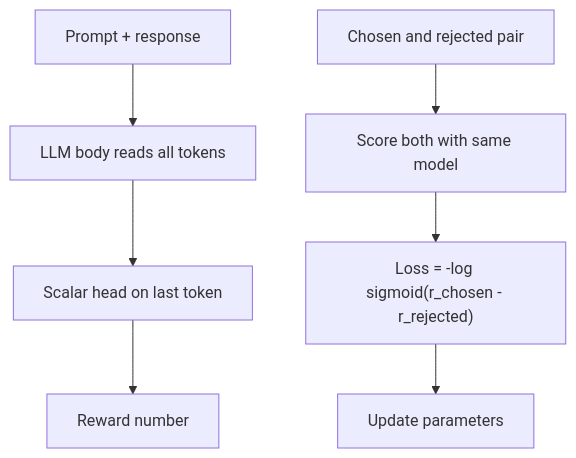
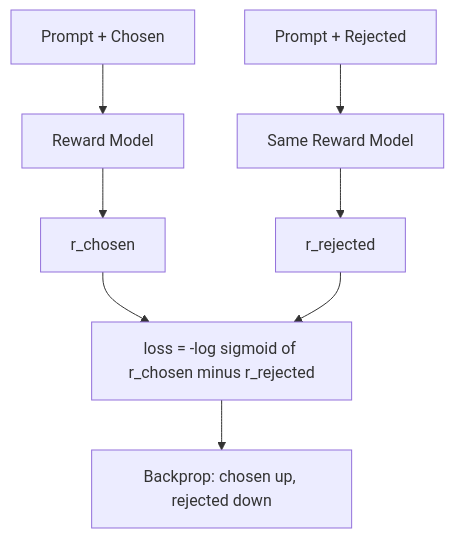
The second of 3 diagrams in notes/step-07-training-fine-tuning-and-alignment/091-reward-model.md (kaisarnajar/outcome-school-blogs), drawn with Mermaid before and after one commit. The commit also changed other lines of this file and 233 other files, not shown here.

````diff
--- a/notes/step-07-training-fine-tuning-and-alignment/091-reward-model.md
+++ b/notes/step-07-training-fine-tuning-and-alignment/091-reward-model.md
@@ -51,9 +82,10 @@
 ```mermaid
 flowchart TD
-    A["Prompt + response"] --> B["LLM body reads all tokens"]
-    B --> C["Scalar head on last token"]
-    C --> D["Reward number"]
-    P["Chosen and rejected pair"] --> E["Score both with same model"]
-    E --> F["Loss = -log sigmoid(r_chosen - r_rejected)"]
-    F --> G["Update parameters"]
+    ch["Prompt + Chosen"] --> m1["Reward Model"]
+    rj["Prompt + Rejected"] --> m2["Same Reward Model"]
+    m1 --> rc["r_chosen"]
+    m2 --> rr["r_rejected"]
+    rc --> ls["loss = -log sigmoid of r_chosen minus r_rejected"]
+    rr --> ls
+    ls --> up["Backprop: chosen up, rejected down"]
 ```
````
